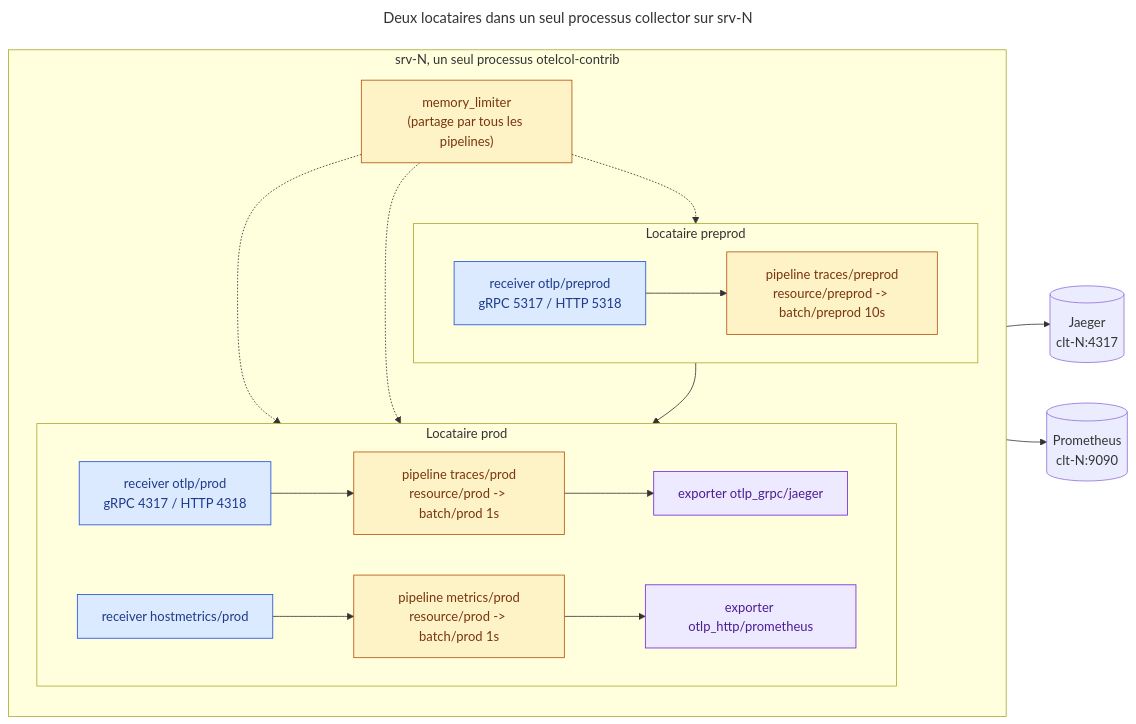
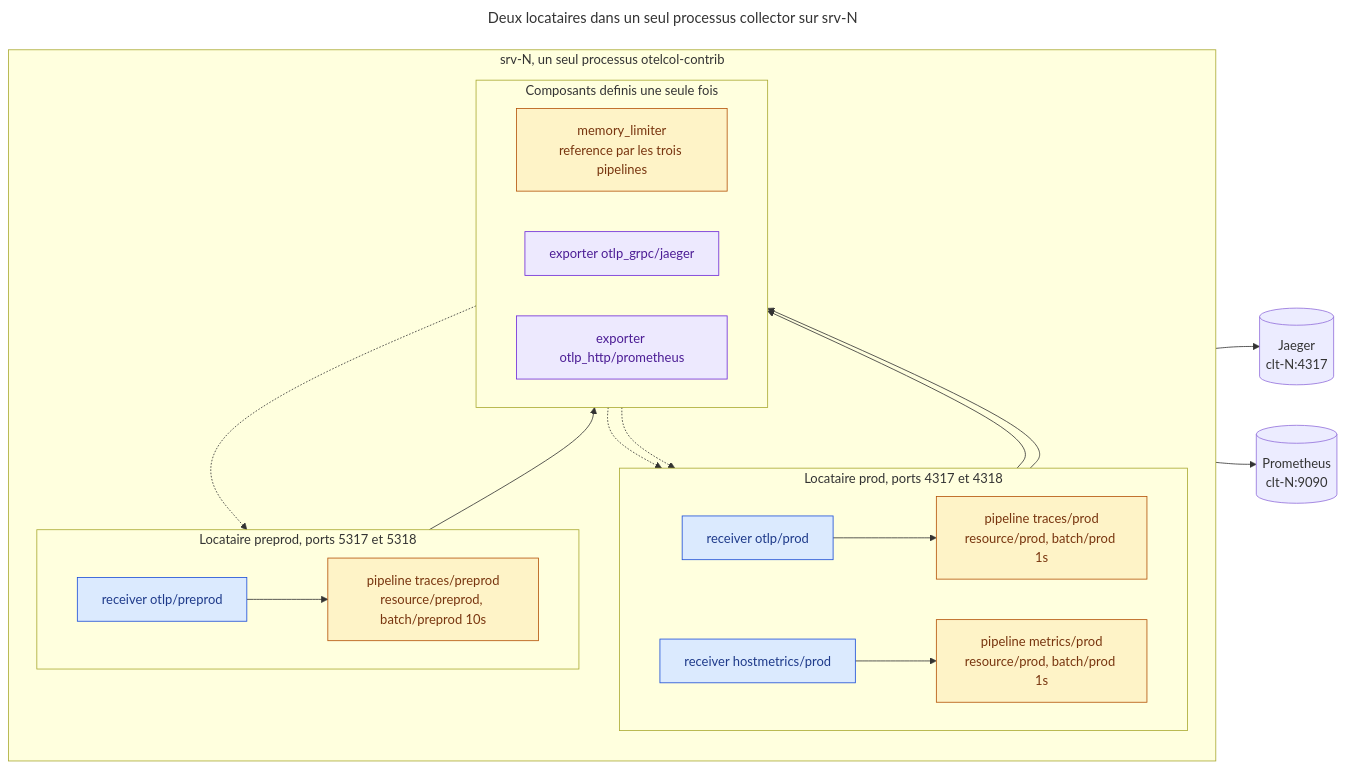
Before and after one commit to pragmatic-fermat/opentelemetry-labs: diagram 13 of 14 in Lab_04_Ansible_Jinja2.md, drawn with Mermaid. The commit also changed other lines of this file, not shown here.

First line of the commit message:
lab 4 : reprise des schemas Mermaid et ajouts pour la comprehension

````diff
--- a/Lab_04_Ansible_Jinja2.md
+++ b/Lab_04_Ansible_Jinja2.md
@@ -1433,36 +1589,45 @@
 ```mermaid
 ---
 title: Deux locataires dans un seul processus collector sur srv-N
 ---
 flowchart LR
   subgraph SRV["srv-N, un seul processus otelcol-contrib"]
     direction TB
 
-    subgraph PROD["Locataire prod"]
+    subgraph PROD["Locataire prod, ports 4317 et 4318"]
       direction LR
-      R1["receiver otlp/prod<br/>gRPC 4317 / HTTP 4318"] --> T1["pipeline traces/prod<br/>resource/prod -> batch/prod 1s"] --> E1["exporter otlp_grpc/jaeger"]
-      H1["receiver hostmetrics/prod"] --> M1["pipeline metrics/prod<br/>resource/prod -> batch/prod 1s"] --> E2["exporter otlp_http/prometheus"]
+      R1["receiver otlp/prod"] --> T1["pipeline traces/prod<br/>resource/prod, batch/prod 1s"]
+      H1["receiver hostmetrics/prod"] --> M1["pipeline metrics/prod<br/>resource/prod, batch/prod 1s"]
     end
 
-    subgraph PRE["Locataire preprod"]
+    subgraph PRE["Locataire preprod, ports 5317 et 5318"]
       direction LR
-      R2["receiver otlp/preprod<br/>gRPC 5317 / HTTP 5318"] --> T2["pipeline traces/preprod<br/>resource/preprod -> batch/preprod 10s"] --> E1
+      R2["receiver otlp/preprod"] --> T2["pipeline traces/preprod<br/>resource/preprod, batch/preprod 10s"]
     end
 
-    ML["memory_limiter<br/>(partage par tous les pipelines)"]
+    subgraph SHARED["Composants definis une seule fois"]
+      direction LR
+      ML["memory_limiter<br/>reference par les trois pipelines"]
+      E1["exporter otlp_grpc/jaeger"]
+      E2["exporter otlp_http/prometheus"]
+    end
+
+    T1 --> E1
+    T2 --> E1
+    M1 --> E2
     ML -.-> T1
     ML -.-> T2
     ML -.-> M1
   end
 
   E1 --> JG[("Jaeger<br/>clt-N:4317")]
   E2 --> PM[("Prometheus<br/>clt-N:9090")]
 
   classDef recv fill:#dbeafe,stroke:#1d4ed8,color:#1e3a8a
   classDef pipe fill:#fef3c7,stroke:#b45309,color:#78350f
   classDef expr fill:#ede9fe,stroke:#6d28d9,color:#4c1d95
 
   class R1,R2,H1 recv
   class T1,T2,M1,ML pipe
   class E1,E2 expr
 ```
````
